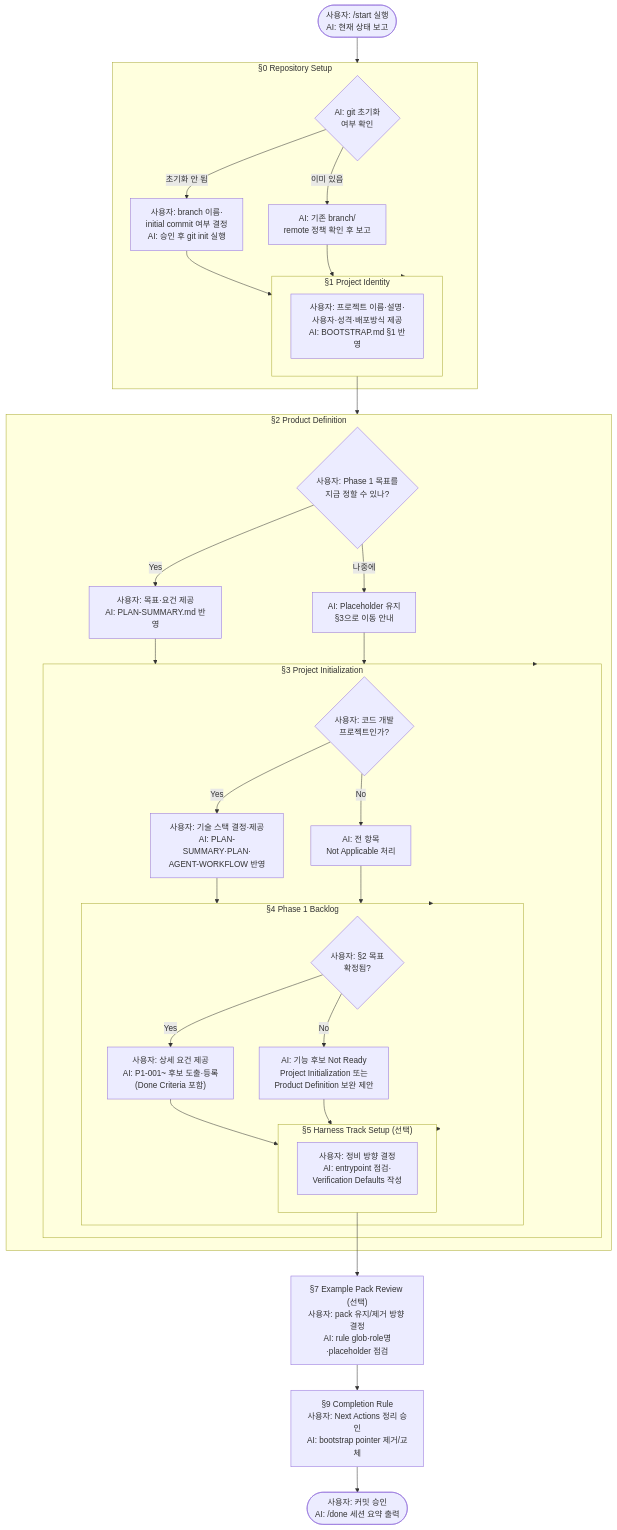
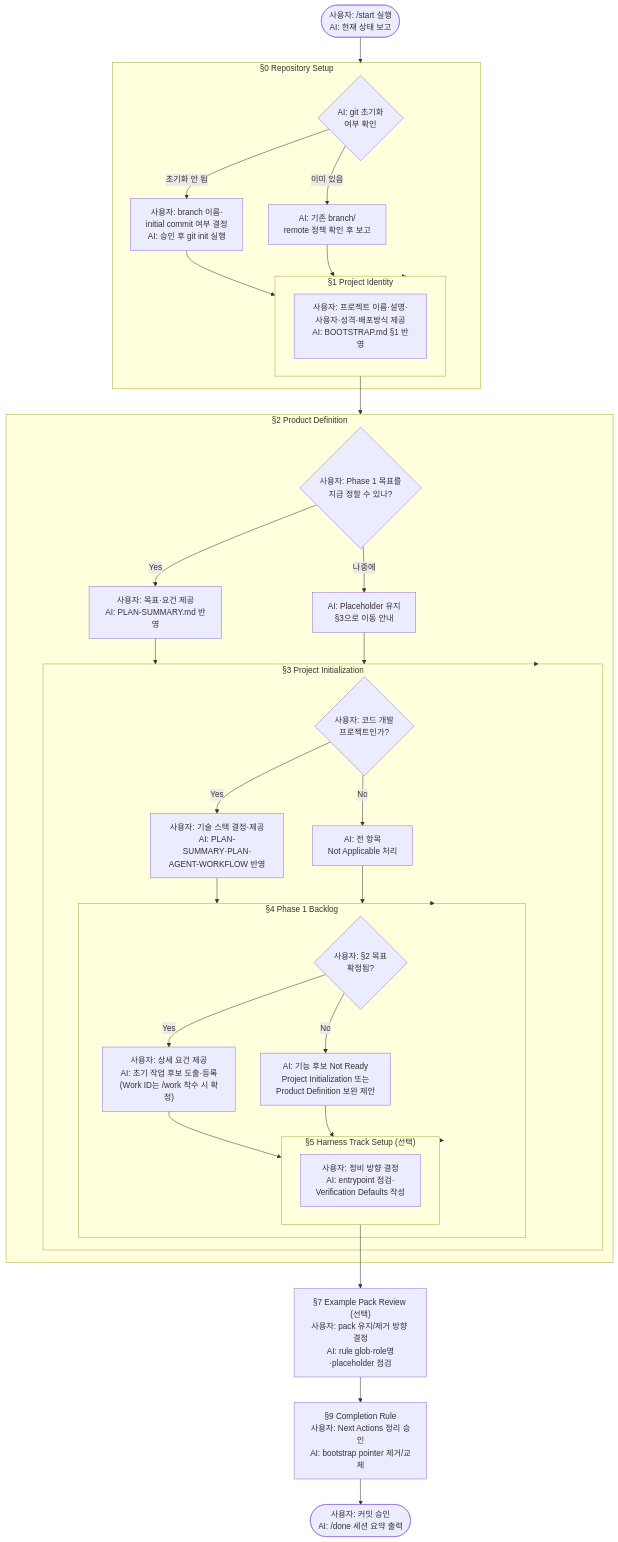
One commit to kyungseo/ai-workflow-harness changed the diagram in docs/SCAFFOLD-ONBOARDING-GUIDE.md. Above: the diagram before and after it, drawn with Mermaid. The commit also changed other lines of this file and 22 other files, not shown here.

````diff
--- a/docs/SCAFFOLD-ONBOARDING-GUIDE.md
+++ b/docs/SCAFFOLD-ONBOARDING-GUIDE.md
@@ -213,49 +213,49 @@
 ```mermaid
 flowchart TD
     START(["사용자: /start 실행\nAI: 현재 상태 보고"]) --> S0
 
     subgraph S0["§0 Repository Setup"]
         G1{"AI: git 초기화\n여부 확인"}
         G1 -- "초기화 안 됨" --> G2["사용자: branch 이름·\ninitial commit 여부 결정\nAI: 승인 후 git init 실행"]
         G1 -- "이미 있음" --> G3["AI: 기존 branch/\nremote 정책 확인 후 보고"]
         G2 --> S1
         G3 --> S1
     end
 
     subgraph S1["§1 Project Identity"]
         I1["사용자: 프로젝트 이름·설명·\n사용자·성격·배포방식 제공\nAI: BOOTSTRAP.md §1 반영"]
     end
 
     subgraph S2["§2 Product Definition"]
         P1{"사용자: Phase 1 목표를\n지금 정할 수 있나?"}
         P1 -- "Yes" --> P2["사용자: 목표·요건 제공\nAI: PLAN-SUMMARY.md 반영"]
         P1 -- "나중에" --> P3["AI: Placeholder 유지\n§3으로 이동 안내"]
         P2 --> S3
         P3 --> S3
     end
 
     subgraph S3["§3 Project Initialization"]
         C1{"사용자: 코드 개발\n프로젝트인가?"}
         C1 -- "Yes" --> C2["사용자: 기술 스택 결정·제공\nAI: PLAN-SUMMARY·PLAN·\nAGENT-WORKFLOW 반영"]
         C1 -- "No" --> C3["AI: 전 항목\nNot Applicable 처리"]
         C2 --> S4
         C3 --> S4
     end
 
     subgraph S4["§4 Phase 1 Backlog"]
         B1{"사용자: §2 목표\n확정됨?"}
-        B1 -- "Yes" --> B2["사용자: 상세 요건 제공\nAI: P1-001~ 후보 도출·등록\n(Done Criteria 포함)"]
+        B1 -- "Yes" --> B2["사용자: 상세 요건 제공\nAI: 초기 작업 후보 도출·등록\n(Work ID는 /work 착수 시 확정)"]
         B1 -- "No" --> B3["AI: 기능 후보 Not Ready\nProject Initialization 또는\nProduct Definition 보완 제안"]
         B2 --> S5
         B3 --> S5
     end
 
     subgraph S5["§5 Harness Track Setup (선택)"]
         H1["사용자: 정비 방향 결정\nAI: entrypoint 점검·\nVerification Defaults 작성"]
     end
 
     S0 --> S1 --> S2 --> S3 --> S4 --> S5
     S5 --> S7["§7 Example Pack Review (선택)\n사용자: pack 유지/제거 방향 결정\nAI: rule glob·role명·placeholder 점검"]
     S7 --> S9["§9 Completion Rule\n사용자: Next Actions 정리 승인\nAI: bootstrap pointer 제거/교체"]
     S9 --> DONE(["사용자: 커밋 승인\nAI: /done 세션 요약 출력"])
 ```
````
